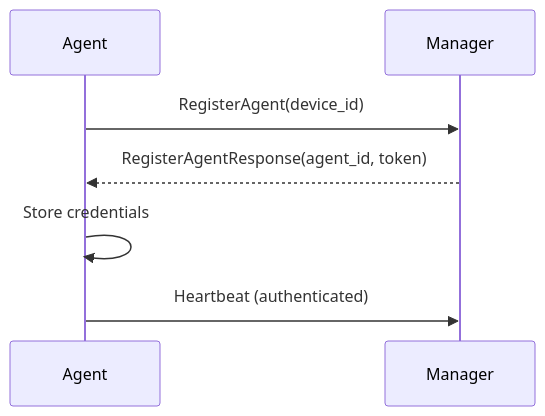
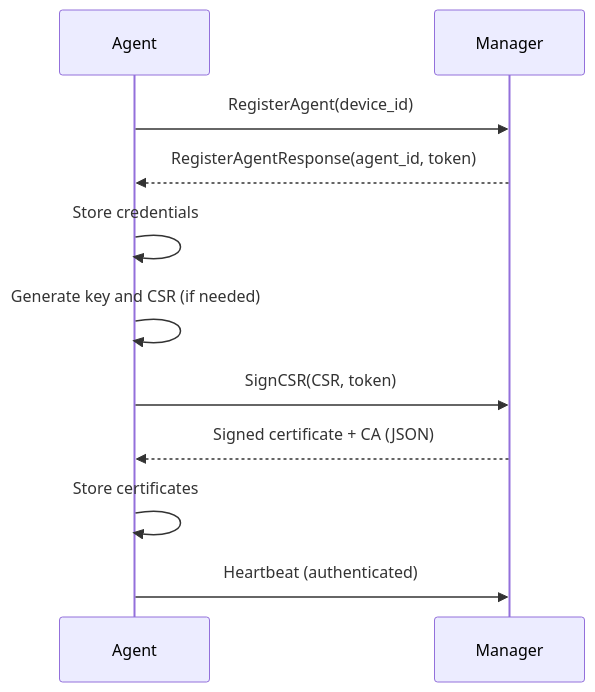
The diagram in docs/enrollment.md (YordanOpenShield/openshield-agent), drawn with Mermaid before and after one commit. The commit also changed other lines of this file and 9 other files, not shown here.

Commit message:
feat: implement agent enrollment process with certificate generation and secure communication

````diff
--- a/docs/enrollment.md
+++ b/docs/enrollment.md
@@ -72,10 +85,14 @@
 ```mermaid
 sequenceDiagram
     participant Agent
     participant Manager
 
     Agent->>Manager: RegisterAgent(device_id)
     Manager-->>Agent: RegisterAgentResponse(agent_id, token)
     Agent->>Agent: Store credentials
+    Agent->>Agent: Generate key and CSR (if needed)
+    Agent->>Manager: SignCSR(CSR, token)
+    Manager-->>Agent: Signed certificate + CA (JSON)
+    Agent->>Agent: Store certificates
     Agent->>Manager: Heartbeat (authenticated)
 ```
````
